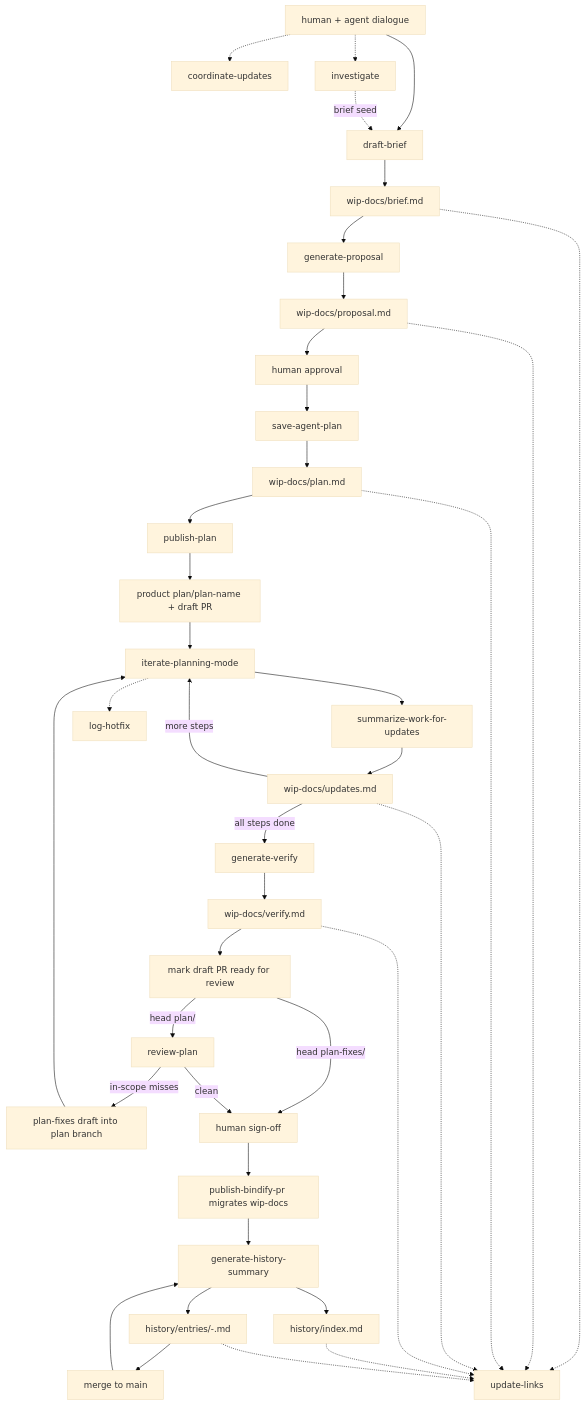
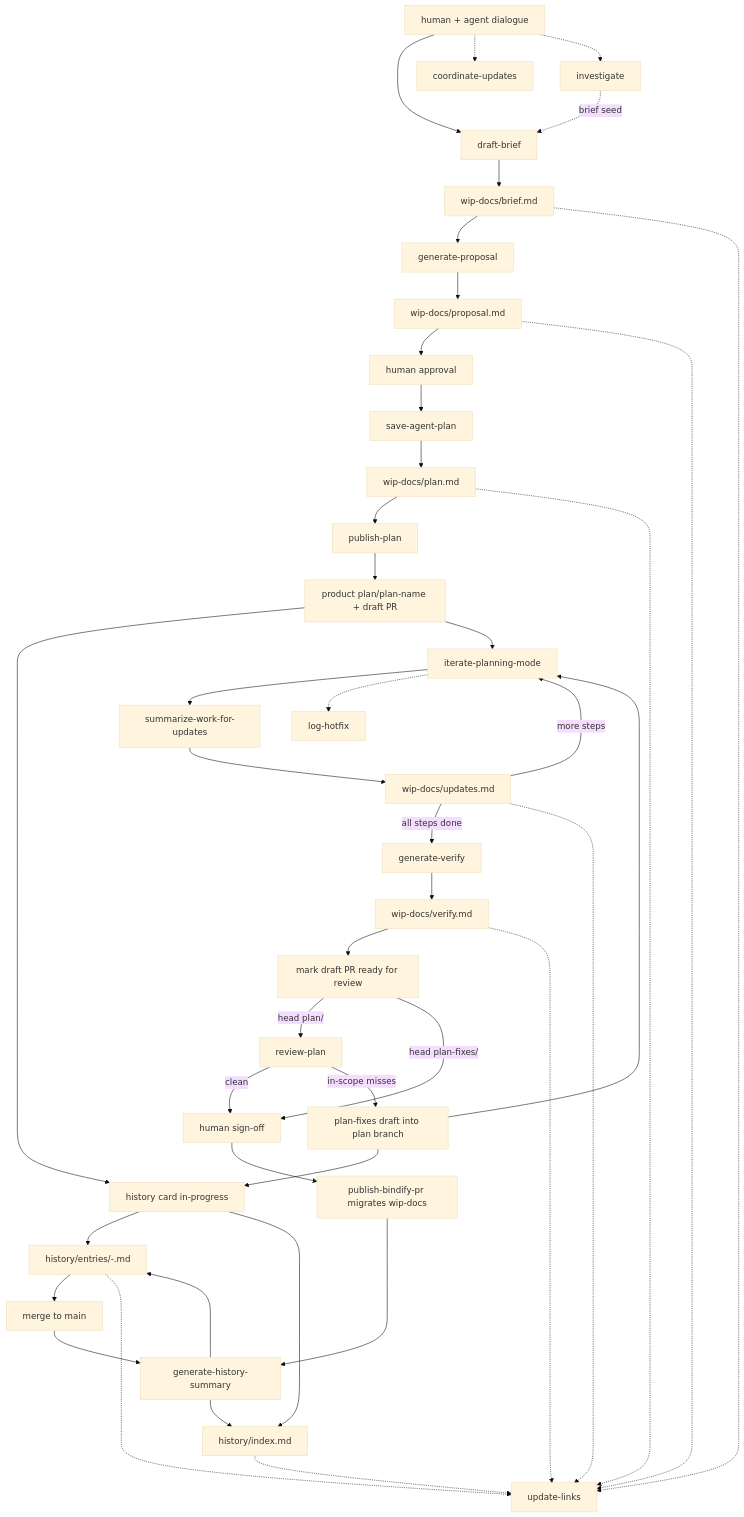
One commit to den-ree/blanche-skills changed the diagram in bindify/SKILL.md. Above: the diagram before and after it, drawn with Mermaid (base theme). The commit also changed other lines of this file and 10 other files, not shown here.

First line of the commit message:
Rebuild history into Obsidian brain cards with live draft status.

````diff
--- a/bindify/SKILL.md
+++ b/bindify/SKILL.md
@@ -53,72 +53,77 @@
 ```mermaid
 flowchart TD
     dialogue["human + agent dialogue"]
     draftBrief["draft-brief"]
     briefMd["wip-docs/brief.md"]
     genProposal["generate-proposal"]
     proposalMd["wip-docs/proposal.md"]
     humanApproval["human approval"]
     savePlan["save-agent-plan"]
     planMd["wip-docs/plan.md"]
     publishPlan["publish-plan"]
     planBranch["product plan/plan-name + draft PR"]
+    historyInProgress["history card in-progress"]
     iterate["iterate-planning-mode"]
     summarize["summarize-work-for-updates"]
     updatesMd["wip-docs/updates.md"]
     genVerify["generate-verify"]
     verifyMd["wip-docs/verify.md"]
     prReady["mark draft PR ready for review"]
     reviewPlan["review-plan"]
     fixesDraft["plan-fixes draft into plan branch"]
     migrate["publish-bindify-pr migrates wip-docs"]
     genHistory["generate-history-summary"]
     historyIndex["history/index.md"]
     historyEntry["history/entries/<date>-<slug>.md"]
     humanSignoff["human sign-off"]
     mergeMain["merge to main"]
 
     coordinate["coordinate-updates"]
     investigate["investigate"]
     logHotfix["log-hotfix"]
     updateLinks["update-links"]
 
     dialogue --> draftBrief
     draftBrief --> briefMd
     briefMd --> genProposal
     genProposal --> proposalMd
     proposalMd --> humanApproval
     humanApproval --> savePlan
     savePlan --> planMd
     planMd --> publishPlan
     publishPlan --> planBranch
+    planBranch --> historyInProgress
+    historyInProgress --> historyEntry
+    historyInProgress --> historyIndex
     planBranch --> iterate
     iterate --> summarize
     summarize --> updatesMd
     updatesMd -->|"more steps"| iterate
     updatesMd -->|"all steps done"| genVerify
     genVerify --> verifyMd
     verifyMd --> prReady
     prReady -->|"head plan/"| reviewPlan
     prReady -->|"head plan-fixes/"| humanSignoff
     reviewPlan -->|"clean"| humanSignoff
     reviewPlan -->|"in-scope misses"| fixesDraft
+    fixesDraft --> historyInProgress
     fixesDraft --> iterate
     humanSignoff --> migrate
     migrate --> genHistory
     genHistory --> historyEntry
     genHistory --> historyIndex
     historyEntry --> mergeMain
     mergeMain --> genHistory
 
     dialogue -.-> coordinate
     dialogue -.-> investigate
     investigate -.->|"brief seed"| draftBrief
     iterate -.-> logHotfix
     briefMd -.-> updateLinks
     proposalMd -.-> updateLinks
     planMd -.-> updateLinks
     updatesMd -.-> updateLinks
     verifyMd -.-> updateLinks
     historyIndex -.-> updateLinks
     historyEntry -.-> updateLinks
 ```
````
